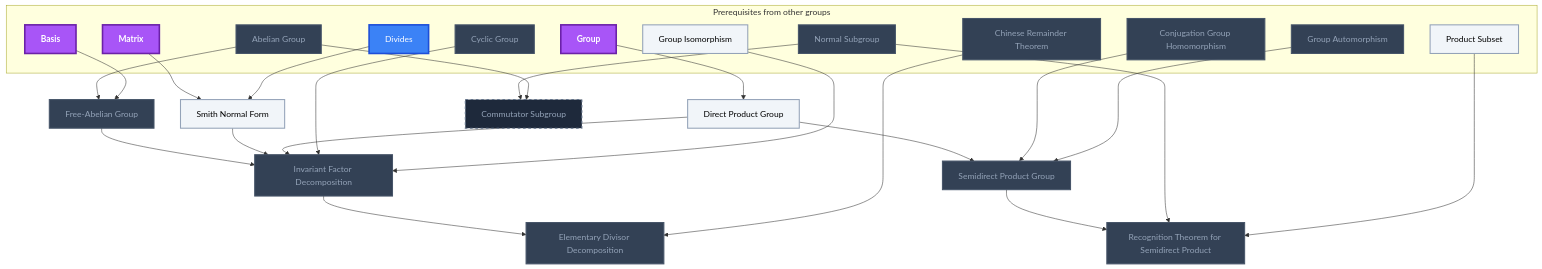
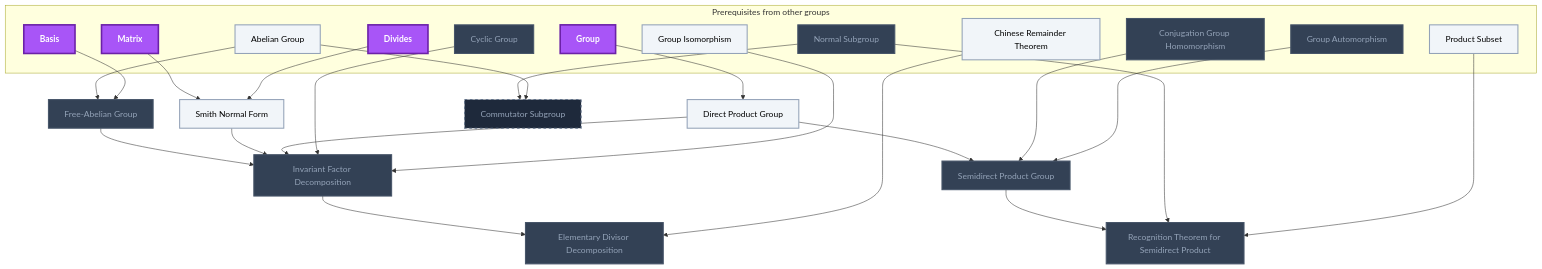
Before and after one commit to MRauf1/My-Notes: the sixth of 20 diagrams in Gamification/Skill Trees/Abstract Algebra.md, drawn with Mermaid. The commit also changed other lines of this file and 145 other files, not shown here.

````diff
--- a/Gamification/Skill Trees/Abstract Algebra.md
+++ b/Gamification/Skill Trees/Abstract Algebra.md
@@ -538,60 +541,59 @@
 ```mermaid
 flowchart TD
     classDef planned fill:#1E293B,stroke:#64748B,stroke-width:2px,stroke-dasharray:5 5,color:#94A3B8;
     classDef locked fill:#334155,stroke:#475569,stroke-width:2px,color:#94A3B8;
     classDef L0 fill:#F1F5F9,stroke:#94A3B8,stroke-width:2px,color:#000000;
     classDef L1 fill:#22C55E,stroke:#15803D,stroke-width:2px,color:#000000;
     classDef L2 fill:#3B82F6,stroke:#1D4ED8,stroke-width:3px,color:#FFFFFF;
     classDef L3 fill:#A855F7,stroke:#6B21A8,stroke-width:3px,color:#FFFFFF,font-weight:bold;
     classDef L4 fill:#F97316,stroke:#C2410C,stroke-width:4px,color:#000000,font-weight:bold;
     classDef L5 fill:#FFD700,stroke:#FF8C00,stroke-width:5px,color:#000000,font-weight:bold;
     classDef rusty stroke:#8B4513,stroke-width:4px,stroke-dasharray:3 3;
     subgraph sg_prereqs["Prerequisites from other groups"]
         n_group["Group"]
         n_abelian_group["Abelian Group"]
         n_basis["Basis"]
         n_matrix["Matrix"]
         n_divides["Divides"]
         n_cyclic_group["Cyclic Group"]
         n_group_isomorphism["Group Isomorphism"]
         n_chinese_remainder_theorem["Chinese Remainder Theorem"]
         n_normal_subgroup["Normal Subgroup"]
         n_conjugation_group_homomorphism["Conjugation Group Homomorphism"]
         n_group_automorphism["Group Automorphism"]
         n_product_subset["Product Subset"]
     end
     n_direct_product_group["Direct Product Group"]
     n_free_abelian_group["Free-Abelian Group"]
     n_smith_normal_form["Smith Normal Form"]
     n_invariant_factor_decomposition["Invariant Factor Decomposition"]
     n_elementary_divisor_decomposition["Elementary Divisor Decomposition"]
     n_commutator_subgroup["Commutator Subgroup"]
     n_semidirect_product_group["Semidirect Product Group"]
     n_recognition_theorem_for_semidirect_product["Recognition Theorem for Semidirect Product"]
     n_group --> n_direct_product_group
     n_abelian_group --> n_free_abelian_group
     n_basis --> n_free_abelian_group
     n_matrix --> n_smith_normal_form
     n_divides --> n_smith_normal_form
     n_free_abelian_group --> n_invariant_factor_decomposition
     n_smith_normal_form --> n_invariant_factor_decomposition
     n_direct_product_group --> n_invariant_factor_decomposition
     n_cyclic_group --> n_invariant_factor_decomposition
     n_group_isomorphism --> n_invariant_factor_decomposition
     n_invariant_factor_decomposition --> n_elementary_divisor_decomposition
     n_chinese_remainder_theorem --> n_elementary_divisor_decomposition
     n_normal_subgroup --> n_commutator_subgroup
     n_abelian_group --> n_commutator_subgroup
     n_direct_product_group --> n_semidirect_product_group
     n_conjugation_group_homomorphism --> n_semidirect_product_group
     n_group_automorphism --> n_semidirect_product_group
     n_semidirect_product_group --> n_recognition_theorem_for_semidirect_product
     n_normal_subgroup --> n_recognition_theorem_for_semidirect_product
     n_product_subset --> n_recognition_theorem_for_semidirect_product
     class n_commutator_subgroup planned;
-    class n_abelian_group,n_cyclic_group,n_chinese_remainder_theorem,n_normal_subgroup,n_conjugation_group_homomorphism,n_group_automorphism,n_free_abelian_group,n_invariant_factor_decomposition,n_elementary_divisor_decomposition,n_semidirect_product_group,n_recognition_theorem_for_semidirect_product locked;
-    class n_group_isomorphism,n_product_subset,n_direct_product_group,n_smith_normal_form L0;
-    class n_divides L2;
-    class n_group,n_basis,n_matrix L3;
+    class n_cyclic_group,n_normal_subgroup,n_conjugation_group_homomorphism,n_group_automorphism,n_free_abelian_group,n_invariant_factor_decomposition,n_elementary_divisor_decomposition,n_semidirect_product_group,n_recognition_theorem_for_semidirect_product locked;
+    class n_abelian_group,n_group_isomorphism,n_chinese_remainder_theorem,n_product_subset,n_direct_product_group,n_smith_normal_form L0;
+    class n_group,n_basis,n_matrix,n_divides L3;
     class n_group,n_abelian_group,n_basis,n_matrix,n_divides,n_cyclic_group,n_group_isomorphism,n_chinese_remainder_theorem,n_normal_subgroup,n_conjugation_group_homomorphism,n_group_automorphism,n_product_subset,n_direct_product_group,n_free_abelian_group,n_smith_normal_form,n_invariant_factor_decomposition,n_elementary_divisor_decomposition,n_semidirect_product_group,n_recognition_theorem_for_semidirect_product internal-link;
 ```
````
